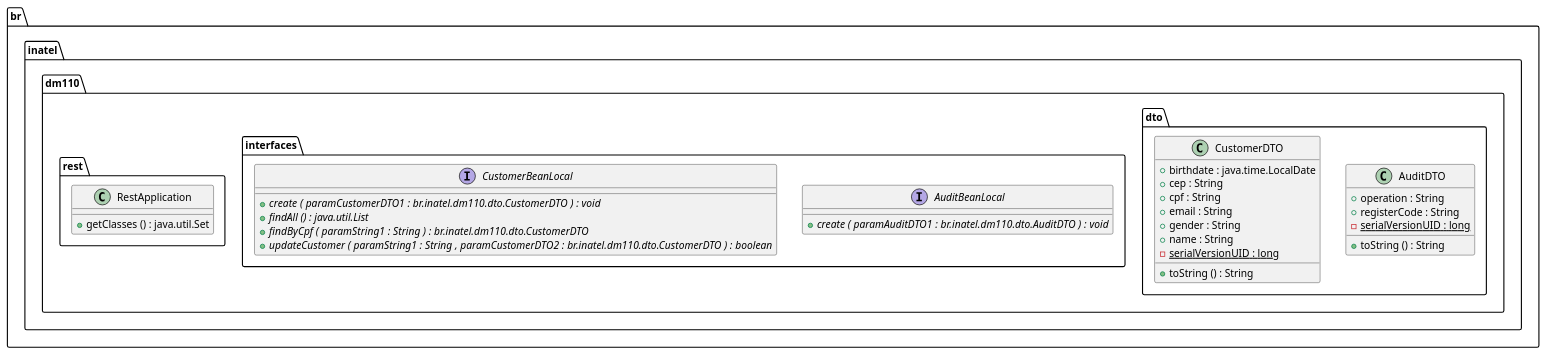
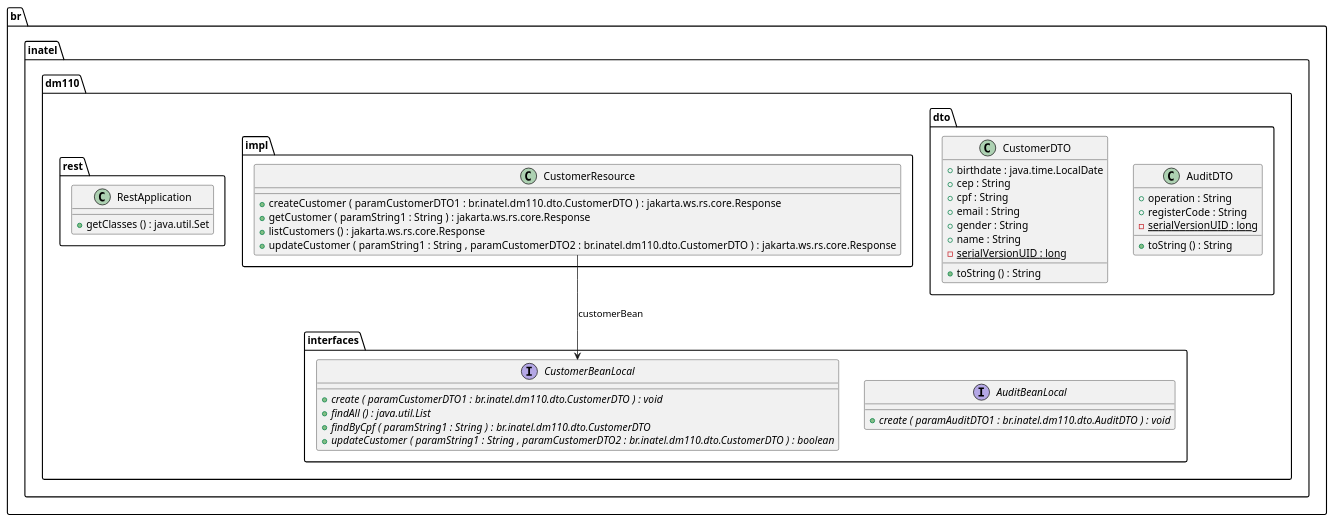
Before and after one commit to vagnernogueira/trabalho-dm110: the diagram in docs/uml/trabalho-web-class-diagram.puml, drawn with PlantUML. The commit also changed 7 other files, not shown here.

```diff
--- a/docs/uml/trabalho-web-class-diagram.puml
+++ b/docs/uml/trabalho-web-class-diagram.puml
@@ -1,45 +1,54 @@
 @startuml
 
 class br.inatel.dm110.dto.AuditDTO {
 	{field} +operation : String
 	{field} +registerCode : String
 	{field} {static} -serialVersionUID : long
 	{method} +toString () : String
 }
 
 
 class br.inatel.dm110.dto.CustomerDTO {
 	{field} +birthdate : java.time.LocalDate
 	{field} +cep : String
 	{field} +cpf : String
 	{field} +email : String
 	{field} +gender : String
 	{field} +name : String
 	{field} {static} -serialVersionUID : long
 	{method} +toString () : String
+}
+
+
+class br.inatel.dm110.impl.CustomerResource {
+	{method} +createCustomer ( paramCustomerDTO1 : br.inatel.dm110.dto.CustomerDTO ) : jakarta.ws.rs.core.Response
+	{method} +getCustomer ( paramString1 : String ) : jakarta.ws.rs.core.Response
+	{method} +listCustomers () : jakarta.ws.rs.core.Response
+	{method} +updateCustomer ( paramString1 : String , paramCustomerDTO2 : br.inatel.dm110.dto.CustomerDTO ) : jakarta.ws.rs.core.Response
 }
 
 
 interface br.inatel.dm110.interfaces.AuditBeanLocal {
 	{method}  {abstract} +create ( paramAuditDTO1 : br.inatel.dm110.dto.AuditDTO ) : void
 }
 
 
 interface br.inatel.dm110.interfaces.CustomerBeanLocal {
 	{method}  {abstract} +create ( paramCustomerDTO1 : br.inatel.dm110.dto.CustomerDTO ) : void
 	{method}  {abstract} +findAll () : java.util.List
 	{method}  {abstract} +findByCpf ( paramString1 : String ) : br.inatel.dm110.dto.CustomerDTO
 	{method}  {abstract} +updateCustomer ( paramString1 : String , paramCustomerDTO2 : br.inatel.dm110.dto.CustomerDTO ) : boolean
 }
 
 
 class br.inatel.dm110.rest.RestApplication {
 	{method} +getClasses () : java.util.Set
 }
 
 
 
 
+br.inatel.dm110.impl.CustomerResource -->  br.inatel.dm110.interfaces.CustomerBeanLocal : customerBean
 
 
 @enduml
```
